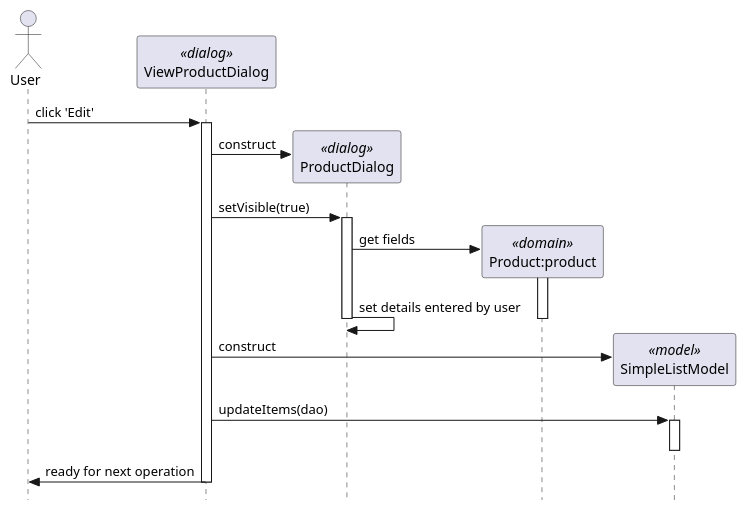
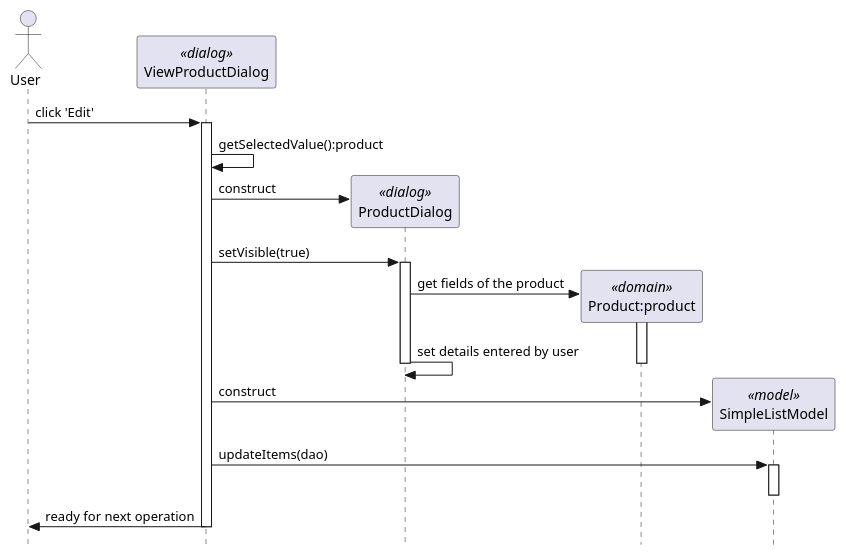
Before and after one commit to Kateli24/202: the diagram in sale/editProduct.pu, drawn with PlantUML. The commit also changed 1 other file, not shown here.

Commit message:
fixed errors of sequence diagrams

```diff
--- a/sale/editProduct.pu
+++ b/sale/editProduct.pu
@@ -1,28 +1,29 @@
 @startuml
 ' use strict UML mode
 skinparam style strictuml
 
 actor "User" as user
 
 participant "ViewProductDialog" as editor <<dialog>>
 user -> editor++ : click 'Edit'
+editor -> editor: getSelectedValue():product
 
 create "ProductDialog" as dialog <<dialog>>
 editor -> dialog: construct
 editor -> dialog++: setVisible(true)
 
 create "Product:product" as product <<domain>>
-dialog -> product++: get fields
+dialog -> product++: get fields of the product
 dialog -> dialog: set details entered by user
 product--
 dialog--
 
 create "SimpleListModel" as model <<model>>
 editor -> model : construct
 
 editor -> model++ : updateItems(dao)
 model--
 
 
 editor –> user-- : ready for next operation
 @enduml
```
